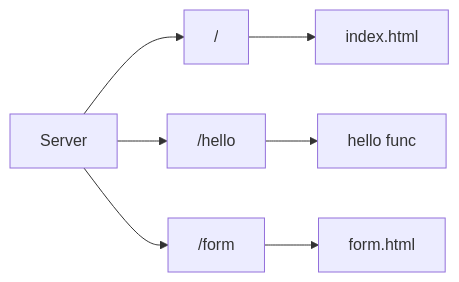
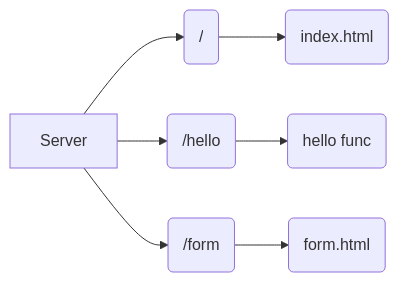
Before and after one commit to lee-treehouse/go-server: the diagram in README.md, drawn with Mermaid.

Commit message:
try rounded edges

````diff
--- a/README.md
+++ b/README.md
@@ -15,13 +15,13 @@
 ```mermaid
 %%{init: {'theme': 'default' } }%%
 graph LR
-    A[Server] --> B["/"]
-    B --> E[index.html]
+    A[Server] --> B("/")
+    B --> E(index.html)
     
     
-    A --> C["/hello"]
-    C --> F[hello func]
+    A --> C("/hello")
+    C --> F(hello func)
     
-    A --> D["/form"]
-    D --> G[form.html]        
+    A --> D("/form")
+    D --> G(form.html)        
 ```
````
